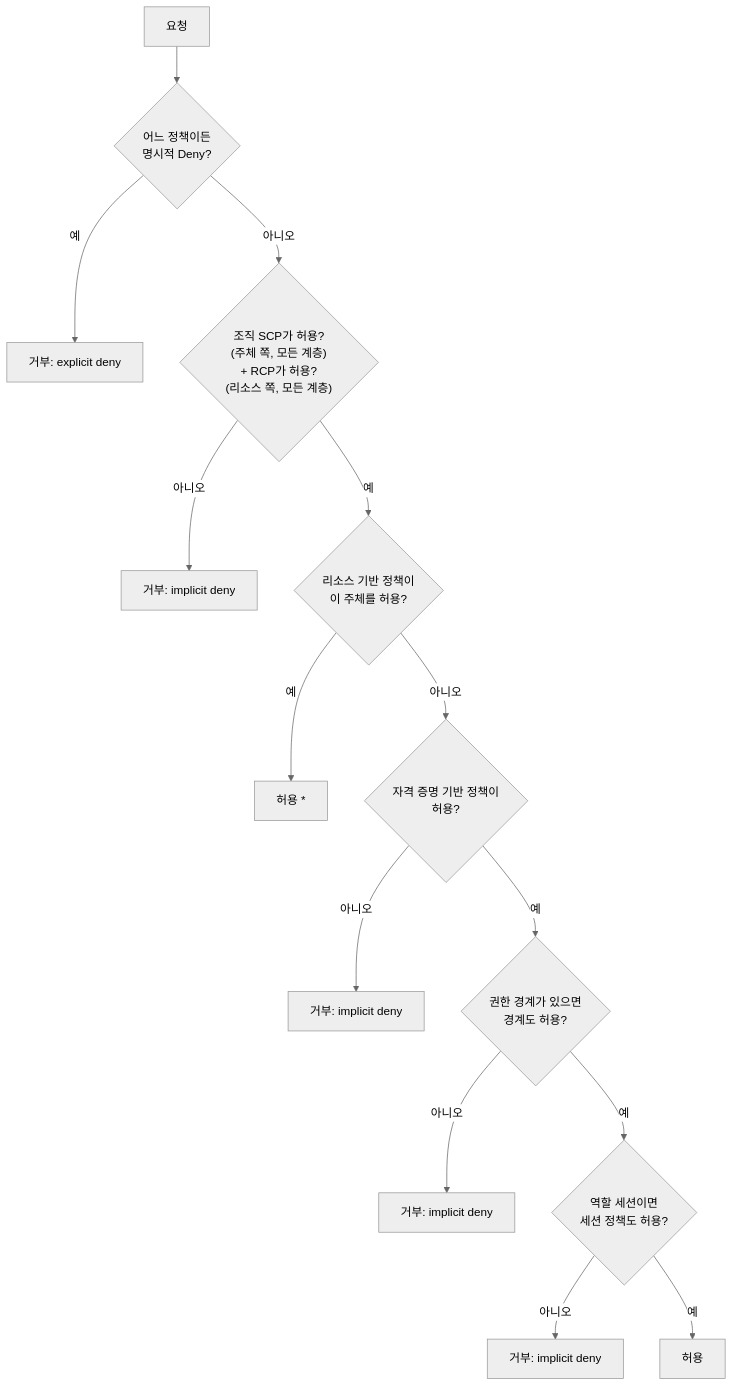
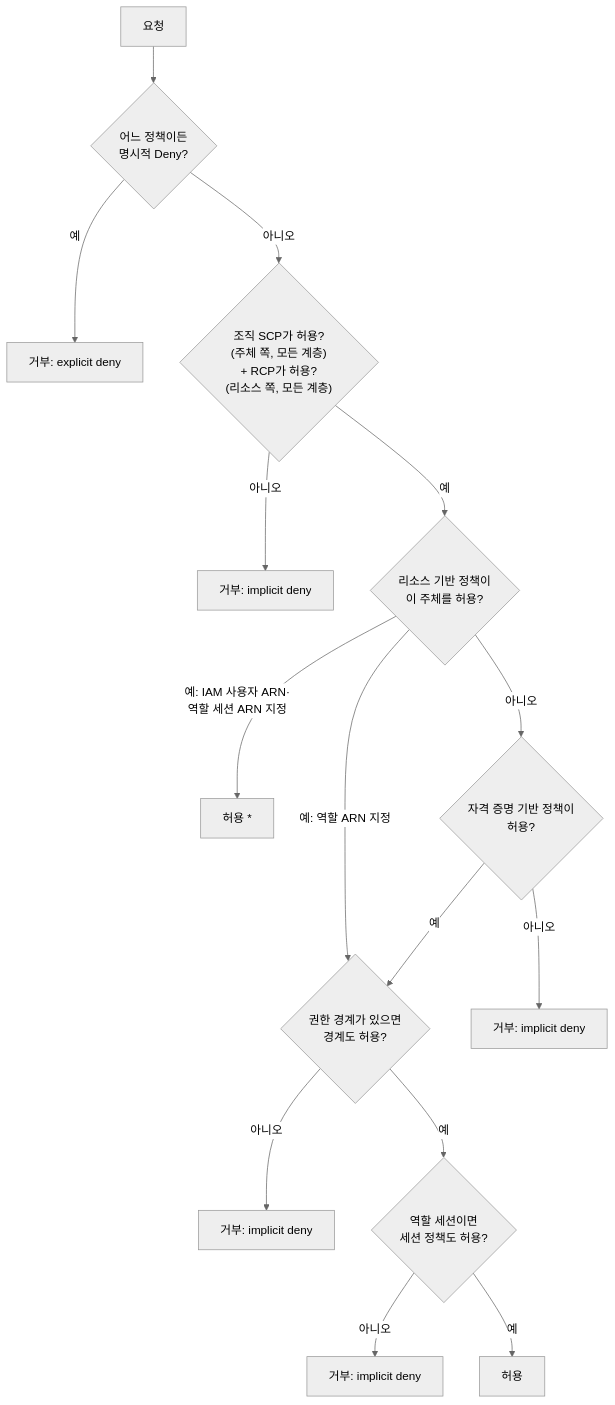
Before and after one commit to Ring-wdr/aws-newbie-guide: the first of 2 diagrams in curriculum/m01-iam-identity/03-policy-evaluation.md, drawn with Mermaid (neutral theme). The commit also changed other lines of this file and 7 other files, not shown here.

First line of the commit message:
fix(m01): 리소스 정책이 지정한 주체(사용자·역할·역할 세션 ARN)에 따라 평가를 나눔

````diff
--- a/curriculum/m01-iam-identity/03-policy-evaluation.md
+++ b/curriculum/m01-iam-identity/03-policy-evaluation.md
@@ -22,16 +22,17 @@
 ```mermaid
 flowchart TD
   A[요청] --> B{어느 정책이든<br/>명시적 Deny?}
   B -- 예 --> D1[거부: explicit deny]
   B -- 아니오 --> C{"조직 SCP가 허용?<br/>(주체 쪽, 모든 계층)<br/>+ RCP가 허용?<br/>(리소스 쪽, 모든 계층)"}
   C -- 아니오 --> D2[거부: implicit deny]
   C -- 예 --> E{리소스 기반 정책이<br/>이 주체를 허용?}
-  E -- 예 --> OK1["허용 *"]
+  E -- "예: IAM 사용자 ARN·<br/>역할 세션 ARN 지정" --> OK1["허용 *"]
+  E -- "예: 역할 ARN 지정" --> G
   E -- 아니오 --> F{자격 증명 기반 정책이<br/>허용?}
   F -- 아니오 --> D3[거부: implicit deny]
   F -- 예 --> G{권한 경계가 있으면<br/>경계도 허용?}
   G -- 아니오 --> D4[거부: implicit deny]
   G -- 예 --> H{역할 세션이면<br/>세션 정책도 허용?}
   H -- 아니오 --> D5[거부: implicit deny]
   H -- 예 --> OK2[허용]
 ```
````
